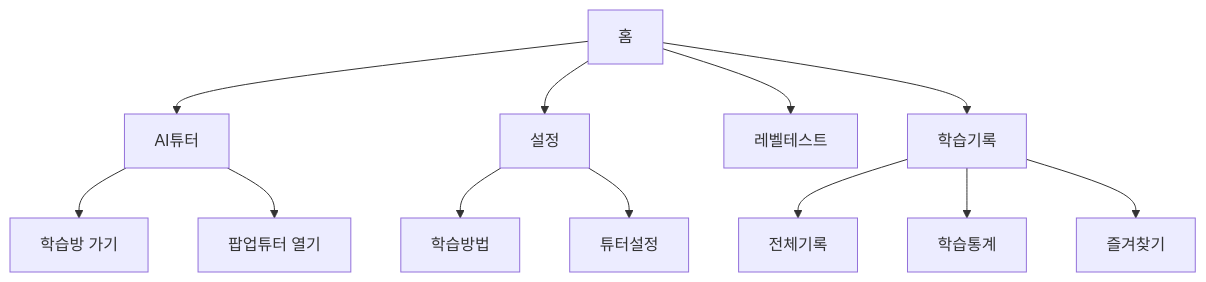
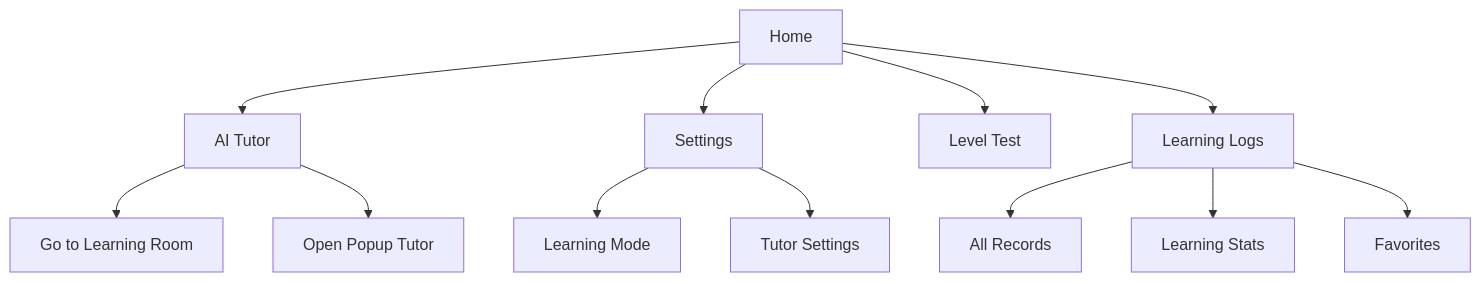
One commit to nadajinny/nadajinny.github.io changed the diagram in content/en/project/chatterpals/index.md. Above: the diagram before and after it, drawn with Mermaid. The commit also changed other lines of this file, not shown here.

````diff
--- a/content/en/project/chatterpals/index.md
+++ b/content/en/project/chatterpals/index.md
@@ -104,17 +94,17 @@
 ```mermaid
 graph TD
-  홈 --> AI튜터[AI튜터]
-  홈 --> 설정[설정]
-  홈 --> 레벨테스트[레벨테스트]
-  홈 --> 학습기록[학습기록]
+  Home --> AI_Tutor[AI Tutor]
+  Home --> Settings[Settings]
+  Home --> LevelTest[Level Test]
+  Home --> LearningLogs[Learning Logs]
   
-  AI튜터 --> 학습방[학습방 가기]
-  AI튜터 --> 팝업[팝업튜터 열기]
+  AI_Tutor --> Room[Go to Learning Room]
+  AI_Tutor --> Popup[Open Popup Tutor]
   
-  설정 --> 학습방법[학습방법]
-  설정 --> 튜터설정[튜터설정]
+  Settings --> LearningMode[Learning Mode]
+  Settings --> TutorConfig[Tutor Settings]
   
-  학습기록 --> 전체기록[전체기록]
-  학습기록 --> 학습통계[학습통계]
-  학습기록 --> 즐겨찾기[즐겨찾기]
+  LearningLogs --> Records[All Records]
+  LearningLogs --> Stats[Learning Stats]
+  LearningLogs --> Favorites[Favorites]
 ```
````
